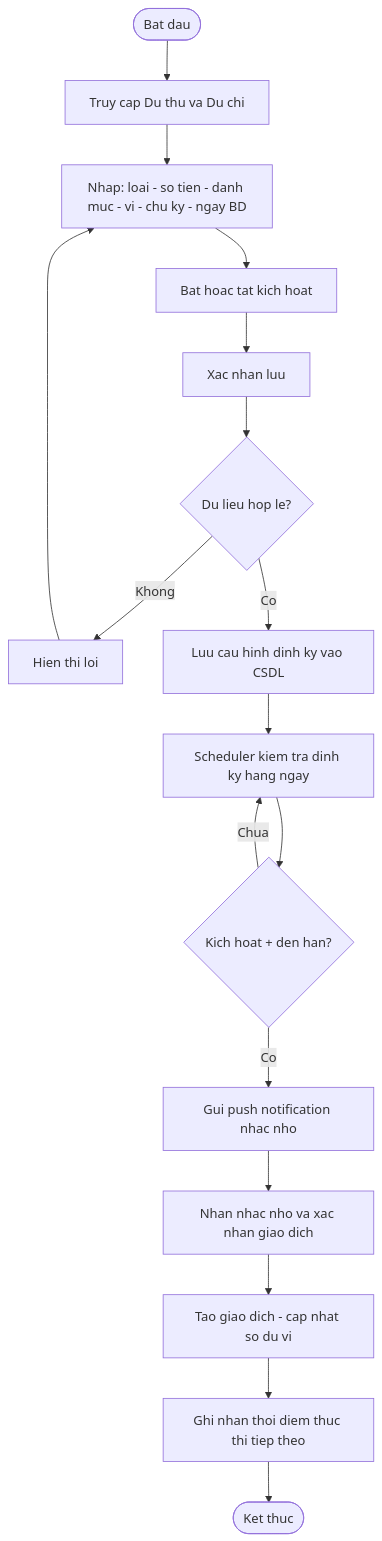
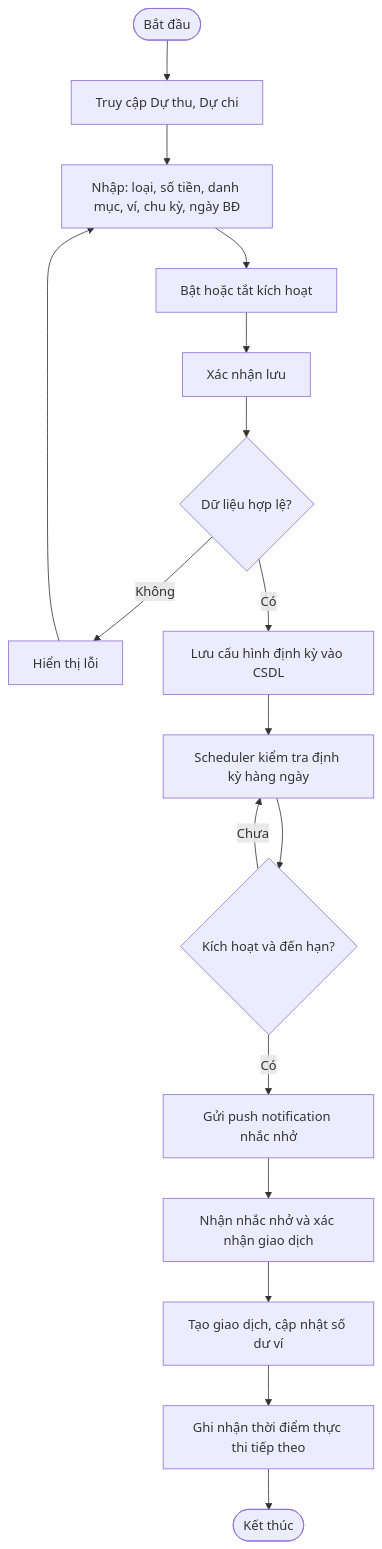
One commit to Hieu-vn/Graduation-Thesis changed the fifth of 10 diagrams in Nghiên cứu MISA MoneyKeeper.md. Above: the diagram before and after it, drawn with Mermaid. The commit also changed other lines of this file, not shown here.

````diff
--- a/Nghiên cứu MISA MoneyKeeper.md
+++ b/Nghiên cứu MISA MoneyKeeper.md
@@ -156,18 +156,18 @@
 ```mermaid
 flowchart TD
-    A([Bat dau]) --> B[Truy cap Du thu va Du chi]
-    B --> C[Nhap: loai - so tien - danh muc - vi - chu ky - ngay BD]
-    C --> D[Bat hoac tat kich hoat]
-    D --> E[Xac nhan luu]
-    E --> F{Du lieu hop le?}
-    F -->|Khong| F2[Hien thi loi] --> C
-    F -->|Co| G[Luu cau hinh dinh ky vao CSDL]
-    G --> H[Scheduler kiem tra dinh ky hang ngay]
-    H --> I{Kich hoat + den han?}
-    I -->|Chua| H
-    I -->|Co| J[Gui push notification nhac nho]
-    J --> K[Nhan nhac nho va xac nhan giao dich]
-    K --> K2[Tao giao dich - cap nhat so du vi]
-    K2 --> K3[Ghi nhan thoi diem thuc thi tiep theo]
-    K3 --> L([Ket thuc])
+    A([Bắt đầu]) --> B[Truy cập Dự thu, Dự chi]
+    B --> C[Nhập: loại, số tiền, danh mục, ví, chu kỳ, ngày BĐ]
+    C --> D[Bật hoặc tắt kích hoạt]
+    D --> E[Xác nhận lưu]
+    E --> F{Dữ liệu hợp lệ?}
+    F -->|Không| F2[Hiển thị lỗi] --> C
+    F -->|Có| G[Lưu cấu hình định kỳ vào CSDL]
+    G --> H[Scheduler kiểm tra định kỳ hàng ngày]
+    H --> I{Kích hoạt và đến hạn?}
+    I -->|Chưa| H
+    I -->|Có| J[Gửi push notification nhắc nhở]
+    J --> K[Nhận nhắc nhở và xác nhận giao dịch]
+    K --> K2[Tạo giao dịch, cập nhật số dư ví]
+    K2 --> K3[Ghi nhận thời điểm thực thi tiếp theo]
+    K3 --> L([Kết thúc])
 ```
````
